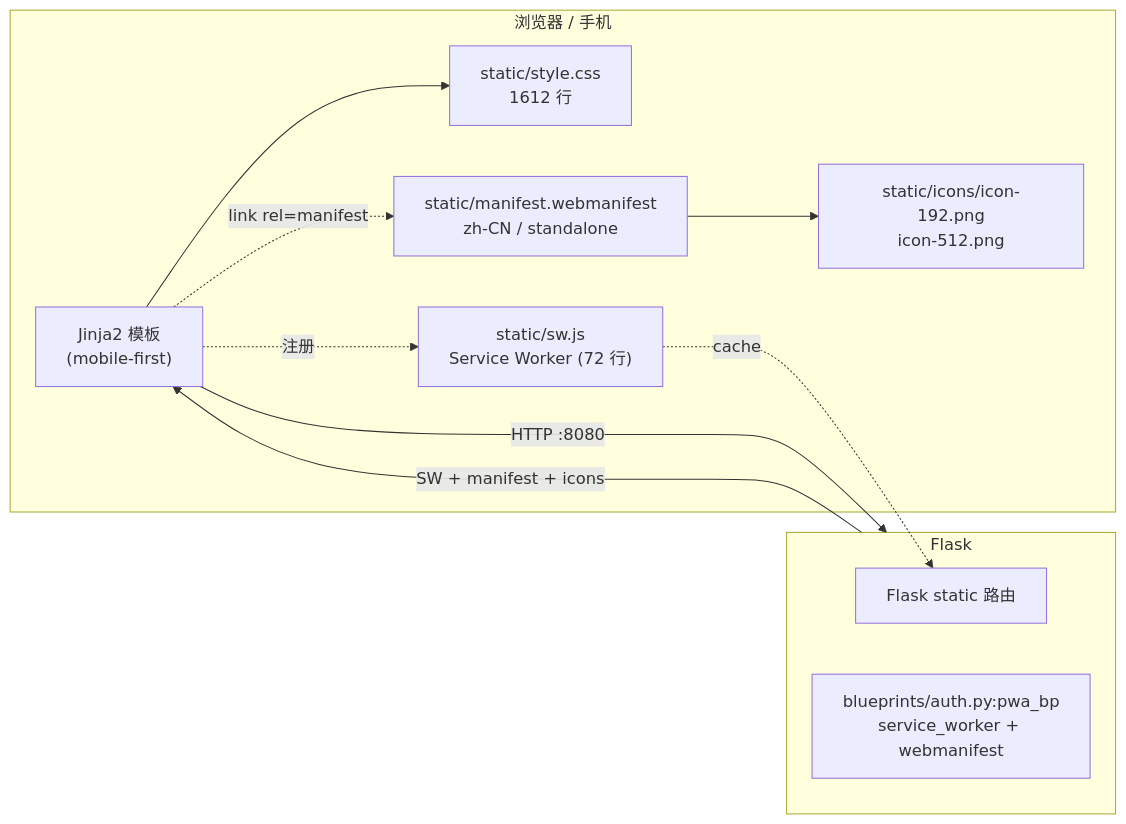
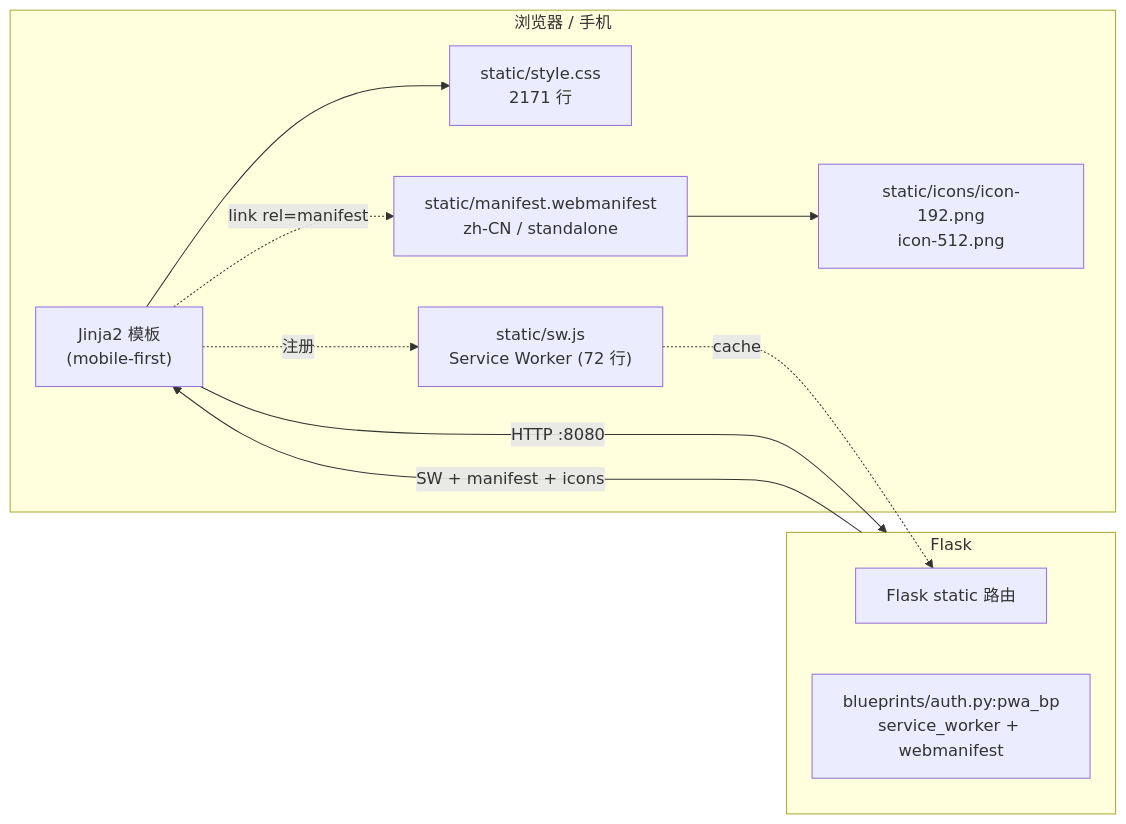
One commit to DUIDUI-Studio/DailyCheck changed diagram 17 of 18 in docs/ARCHITECTURE.md. Above: the diagram before and after it, drawn with Mermaid. The commit also changed other lines of this file and 6 other files, not shown here.

````diff
--- a/docs/ARCHITECTURE.md
+++ b/docs/ARCHITECTURE.md
@@ -1450,23 +1450,23 @@
 ```mermaid
 flowchart LR
     subgraph Client["浏览器 / 手机"]
         HTML["Jinja2 模板<br/>(mobile-first)"]
-        CSS["static/style.css<br/>1612 行"]
+        CSS["static/style.css<br/>2171 行"]
         SW["static/sw.js<br/>Service Worker (72 行)"]
         Manifest["static/manifest.webmanifest<br/>zh-CN / standalone"]
         Icons["static/icons/icon-192.png<br/>icon-512.png"]
     end
 
     subgraph Server["Flask"]
         Static["Flask static 路由"]
         PWARP["blueprints/auth.py:pwa_bp<br/>service_worker + webmanifest"]
     end
 
     HTML --> CSS
     HTML -.->|注册| SW
     HTML -.->|link rel=manifest| Manifest
     Manifest --> Icons
     SW -.->|cache| Static
     HTML -->|HTTP :8080| Server
     Server -->|SW + manifest + icons| HTML
 ```
````
